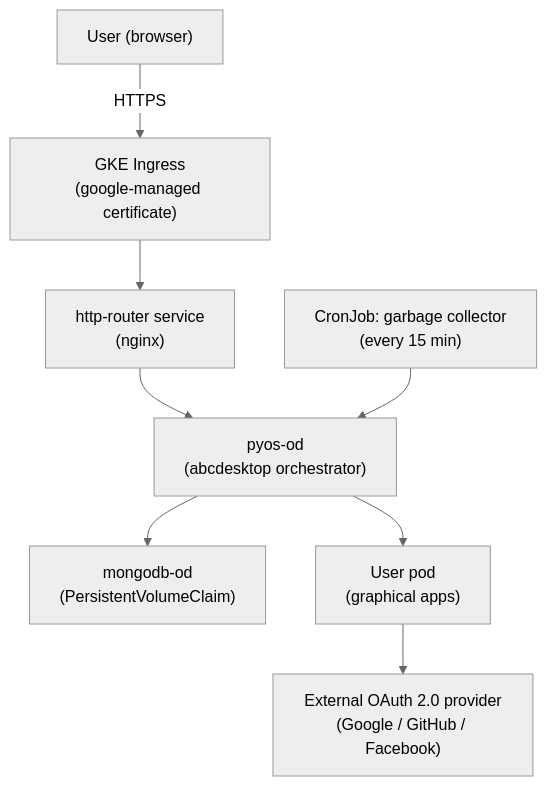
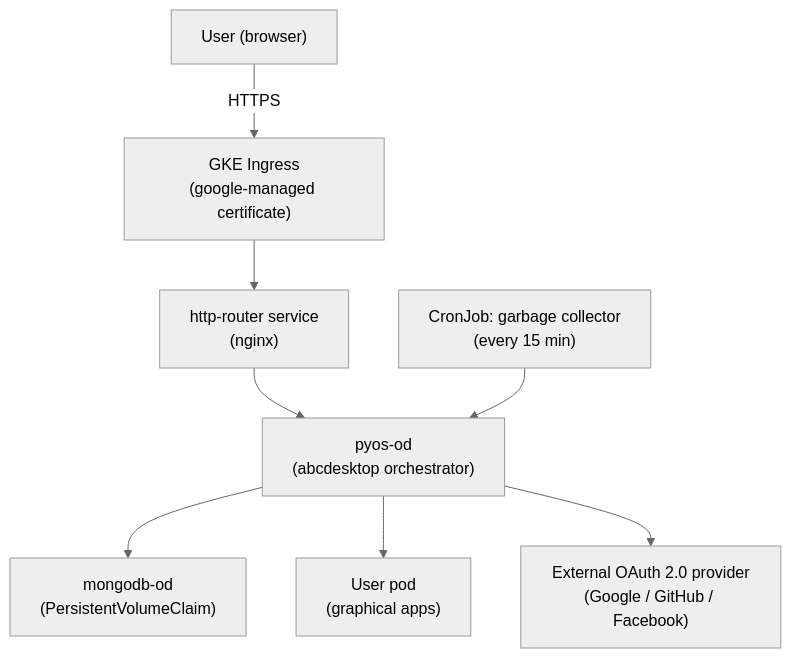
The diagram in opsdocs/docs/usecases/4.4/deploy-demo-gcp-abcdesktop-com/overview.md (abcdesktopio/docs), drawn with Mermaid (neutral theme) before and after one commit.

Commit message:
fix architecture overview

````diff
--- a/opsdocs/docs/usecases/4.4/deploy-demo-gcp-abcdesktop-com/overview.md
+++ b/opsdocs/docs/usecases/4.4/deploy-demo-gcp-abcdesktop-com/overview.md
@@ -17,10 +17,10 @@
 ```mermaid
 graph TD
     User["User (browser)"] -->|HTTPS| GKE_Ingress["GKE Ingress\n(google-managed certificate)"]
     GKE_Ingress --> Router["http-router service\n(nginx)"]
     Router --> PyOS["pyos-od\n(abcdesktop orchestrator)"]
     PyOS --> MongoDB["mongodb-od\n(PersistentVolumeClaim)"]
     PyOS --> UserPod["User pod\n(graphical apps)"]
     CronJob["CronJob: garbage collector\n(every 15 min)"] --> PyOS
-    UserPod --> OAuth["External OAuth 2.0 provider\n(Google / GitHub / Facebook)"]
+    PyOS --> OAuth["External OAuth 2.0 provider\n(Google / GitHub / Facebook)"]
 ```
````
